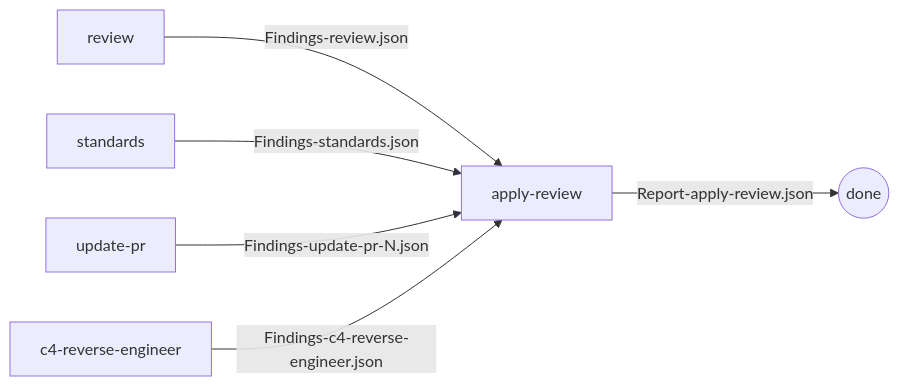
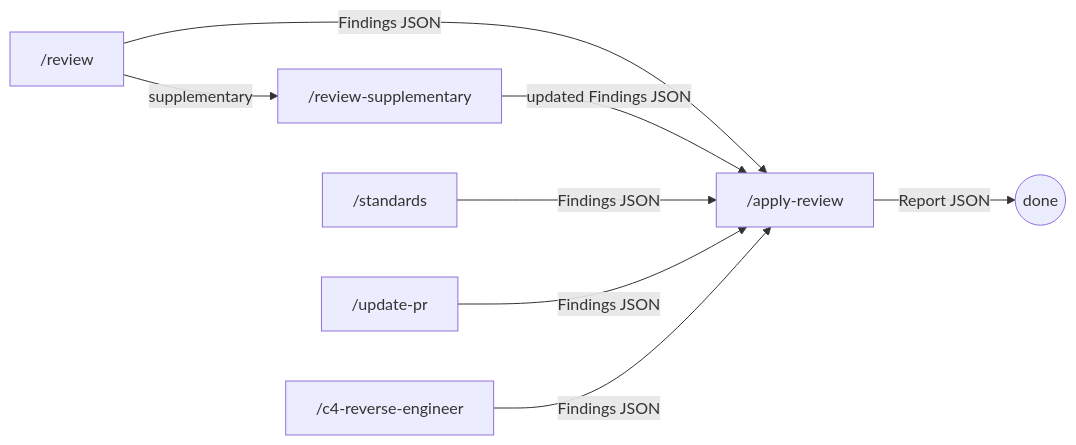
Before and after one commit to jewzaam/jewzaam-reviews: the first of 6 diagrams in README.md, drawn with Mermaid. The commit also changed other lines of this file and 13 other files, not shown here.

First line of the commit message:
feat(review): add red/green test validation with supplementary skill

````diff
--- a/README.md
+++ b/README.md
@@ -47,8 +48,10 @@
 ```mermaid
 graph LR
-    review[review] -->|Findings-review.json| apply[apply-review]
-    standards[standards] -->|Findings-standards.json| apply
-    updatepr[update-pr] -->|Findings-update-pr-N.json| apply
-    c4[c4-reverse-engineer] -->|Findings-c4-reverse-engineer.json| apply
-    apply -->|Report-apply-review.json| done((done))
+    review["/review"] -->|Findings JSON| apply["/apply-review"]
+    review -->|supplementary| reviewsupp["/review-supplementary"]
+    reviewsupp -->|updated Findings JSON| apply
+    standards["/standards"] -->|Findings JSON| apply
+    updatepr["/update-pr"] -->|Findings JSON| apply
+    c4["/c4-reverse-engineer"] -->|Findings JSON| apply
+    apply -->|Report JSON| done((done))
 ```
````
